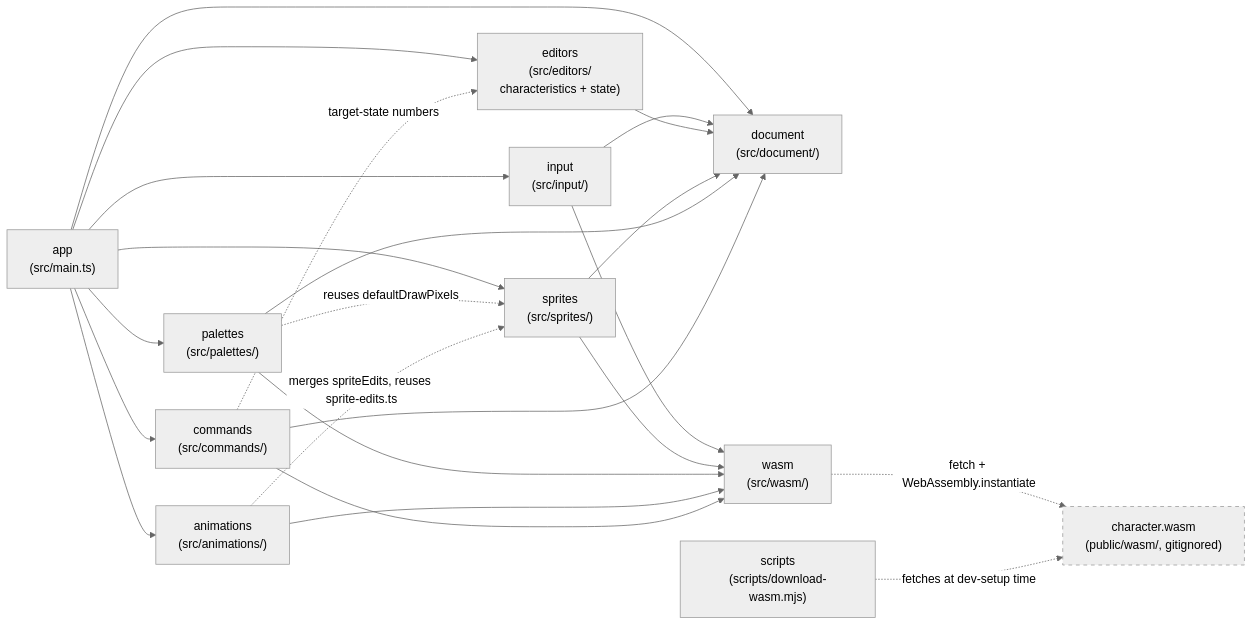
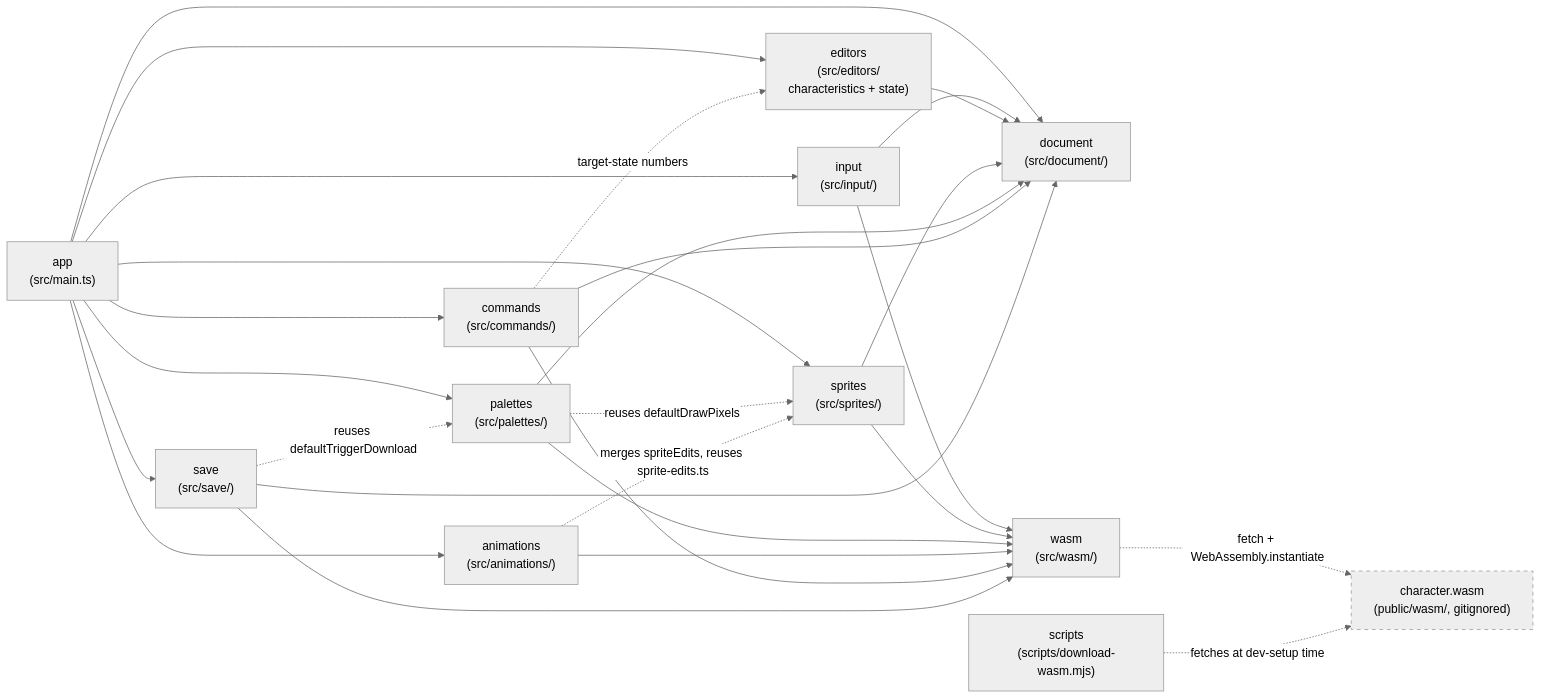
One commit to openkakutou/character-editor changed the diagram in docs/architecture.md. Above: the diagram before and after it, drawn with Mermaid (neutral theme). The commit also changed other lines of this file and 19 other files, not shown here.

````diff
--- a/docs/architecture.md
+++ b/docs/architecture.md
@@ -13,27 +13,31 @@
 ```mermaid
 flowchart LR
     app["app\n(src/main.ts)"] --> input["input\n(src/input/)"]
     app --> document["document\n(src/document/)"]
     app --> editors["editors\n(src/editors/\ncharacteristics + state)"]
     app --> sprites["sprites\n(src/sprites/)"]
     app --> palettes["palettes\n(src/palettes/)"]
     app --> animations["animations\n(src/animations/)"]
     app --> commands["commands\n(src/commands/)"]
+    app --> save["save\n(src/save/)"]
     input --> wasm["wasm\n(src/wasm/)"]
     input --> document
     editors --> document
     sprites --> document
     sprites --> wasm
     palettes --> document
     palettes --> wasm
     palettes -.->|reuses defaultDrawPixels| sprites
     animations --> wasm
     animations -.->|merges spriteEdits, reuses sprite-edits.ts| sprites
     commands --> document
     commands --> wasm
     commands -.->|target-state numbers| editors
+    save --> document
+    save --> wasm
+    save -.->|reuses defaultTriggerDownload| palettes
     wasm -.->|fetch + WebAssembly.instantiate| module["character.wasm\n(public/wasm/, gitignored)"]
     scripts["scripts\n(scripts/download-wasm.mjs)"] -.->|fetches at dev-setup time| module
 
     style module stroke-dasharray: 5 5
 ```
````
